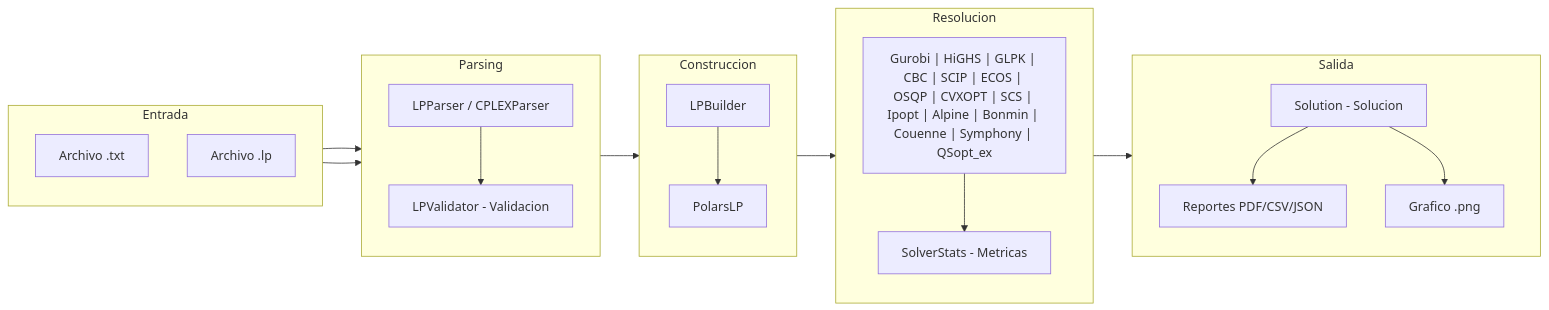
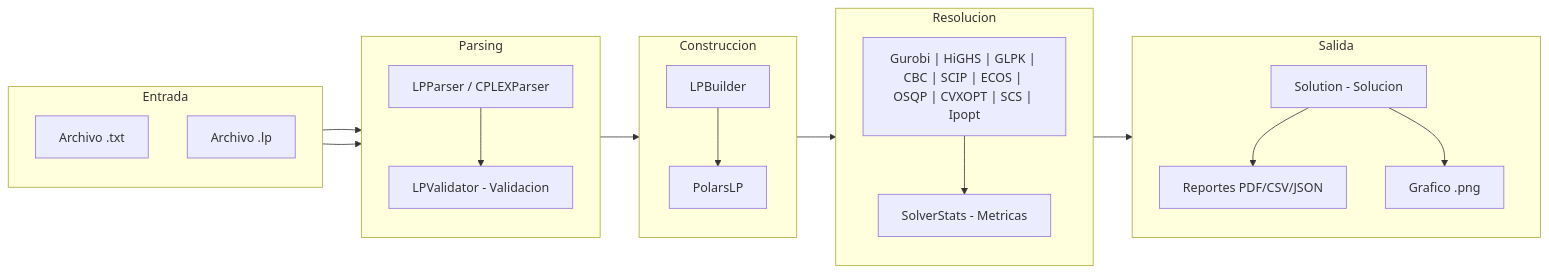
Before and after one commit to Oyhs-co/ISLA-LP-Benchmark: the second of 35 diagrams in README.md, drawn with Mermaid. The commit also changed other lines of this file and 21 other files, not shown here.

````diff
--- a/README.md
+++ b/README.md
@@ -138,44 +133,44 @@
 ```mermaid
 flowchart LR
     subgraph ENTRADA["Entrada"]
         direction TB
         TXT["Archivo .txt"]
         LP["Archivo .lp"]
     end
     
     subgraph PARSEO["Parsing"]
         direction TB
         PARSER["LPParser / CPLEXParser"]
         VALID["LPValidator - Validacion"]
     end
     
     subgraph CONSTRUCCION["Construccion"]
         direction TB
         BUILD["LPBuilder"]
         POLARS["PolarsLP"]
     end
     
     subgraph RESOLUCION["Resolucion"]
         direction TB
-        SOLVERS["Gurobi | HiGHS | GLPK | CBC | SCIP | ECOS | OSQP | CVXOPT | SCS | Ipopt | Alpine | Bonmin | Couenne | Symphony | QSopt_ex"]
+        SOLVERS["Gurobi | HiGHS | GLPK | CBC | SCIP | ECOS | OSQP | CVXOPT | SCS | Ipopt"]
         STATS["SolverStats - Metricas"]
     end
     
     subgraph SALIDA["Salida"]
         direction TB
         SOL["Solution - Solucion"]
         REPORT["Reportes PDF/CSV/JSON"]
         VIS["Grafico .png"]
     end
     
     TXT --> PARSER
     LP --> PARSER
     PARSER --> VALID
     VALID --> BUILD
     BUILD --> POLARS
     POLARS --> SOLVERS
     SOLVERS --> STATS
     STATS --> SOL
     SOL --> REPORT
     SOL --> VIS
 ```
````
